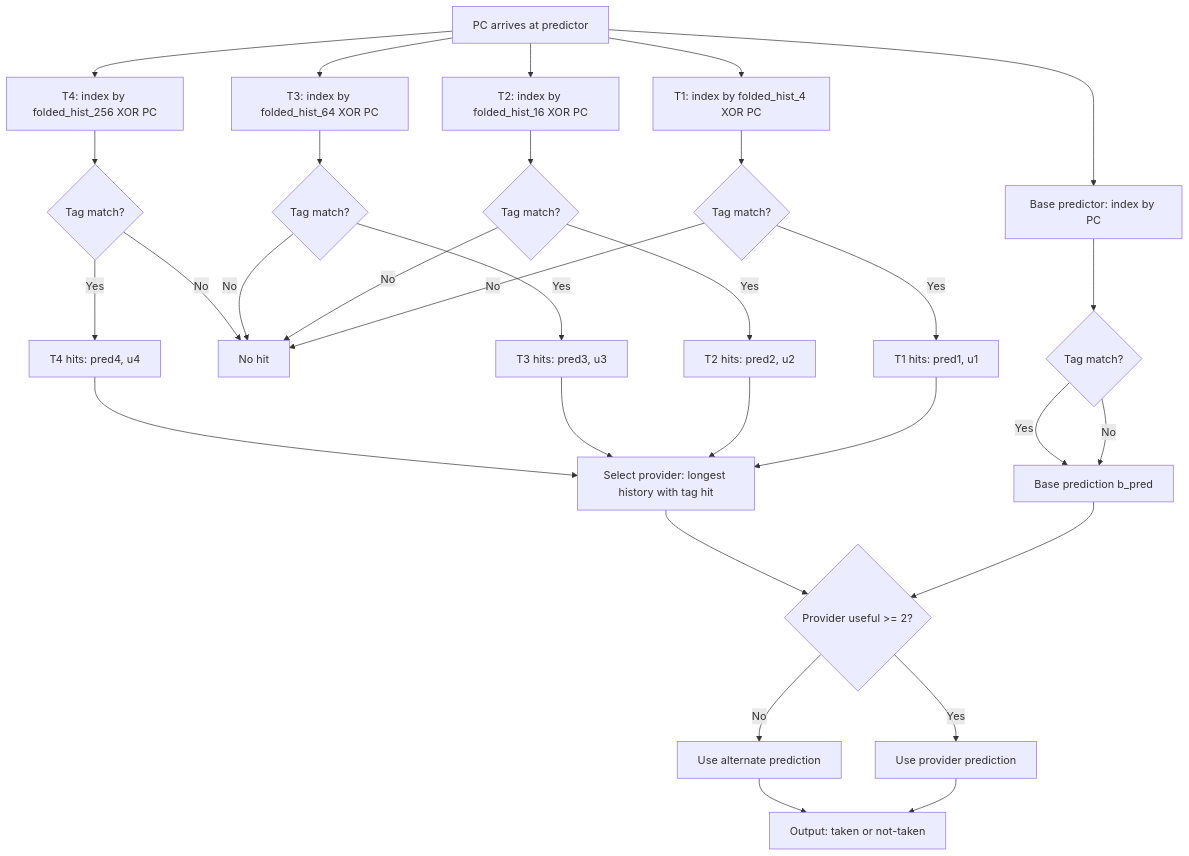
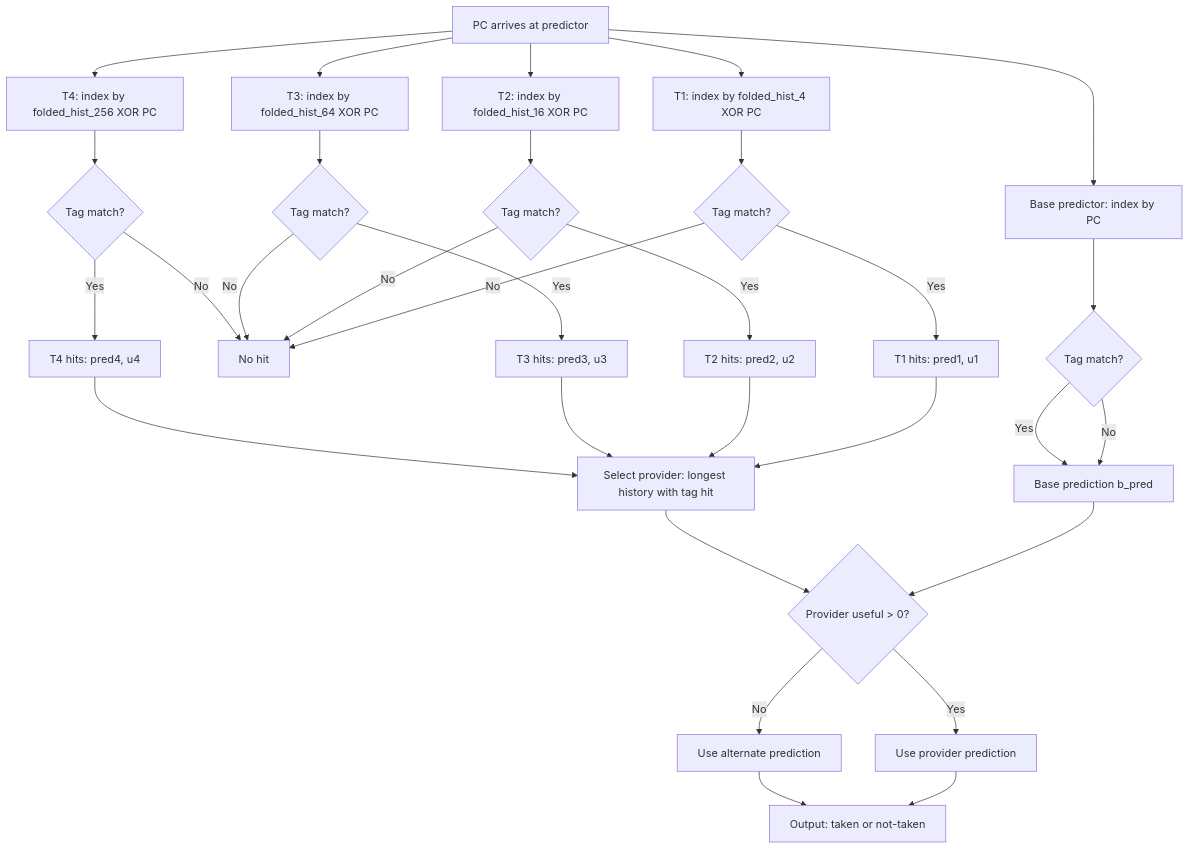
Before and after one commit to Wty2003328/ai_infra_intro: the diagram in hardware_design/Architecture/Branch_Prediction_Deep_Dive.md, drawn with Mermaid. The commit also changed other lines of this file and 50 other files, not shown here.

````diff
--- a/hardware_design/Architecture/Branch_Prediction_Deep_Dive.md
+++ b/hardware_design/Architecture/Branch_Prediction_Deep_Dive.md
@@ -227,33 +442,33 @@
 ```mermaid
 flowchart TD
     A[PC arrives at predictor] --> B[Base predictor: index by PC]
     A --> C[T1: index by folded_hist_4 XOR PC]
     A --> D[T2: index by folded_hist_16 XOR PC]
     A --> E[T3: index by folded_hist_64 XOR PC]
     A --> F[T4: index by folded_hist_256 XOR PC]
     B --> G{Tag match?}
     C --> H{Tag match?}
     D --> I{Tag match?}
     E --> J{Tag match?}
     F --> K{Tag match?}
     G -->|No| L[Base prediction b_pred]
     G -->|Yes| L
     H -->|No| M[No hit]
     H -->|Yes| N[T1 hits: pred1, u1]
     I -->|No| M
     I -->|Yes| O[T2 hits: pred2, u2]
     J -->|No| M
     J -->|Yes| P[T3 hits: pred3, u3]
     K -->|No| M
     K -->|Yes| Q[T4 hits: pred4, u4]
     N --> R[Select provider: longest history with tag hit]
     O --> R
     P --> R
     Q --> R
-    L --> S{Provider useful >= 2?}
+    L --> S{Provider useful > 0?}
     R --> S
     S -->|Yes| T[Use provider prediction]
     S -->|No| U[Use alternate prediction]
     T --> V[Output: taken or not-taken]
     U --> V
 ```
````
